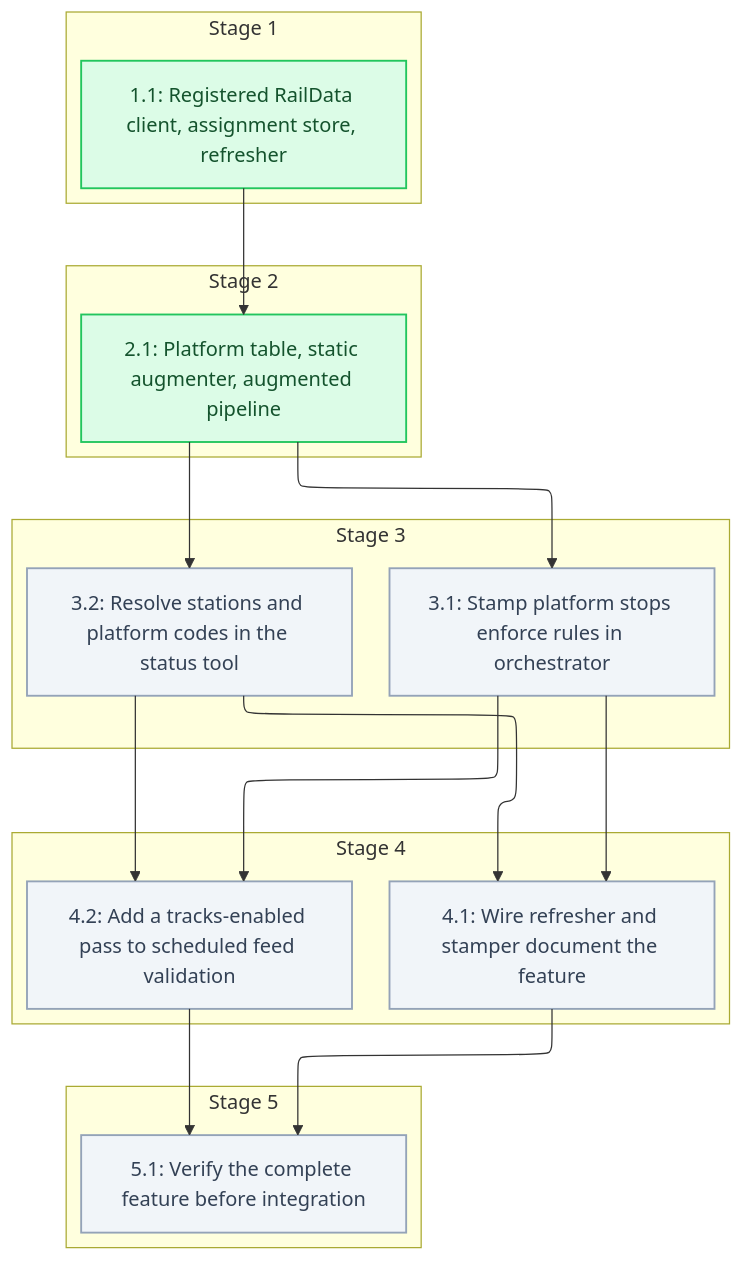
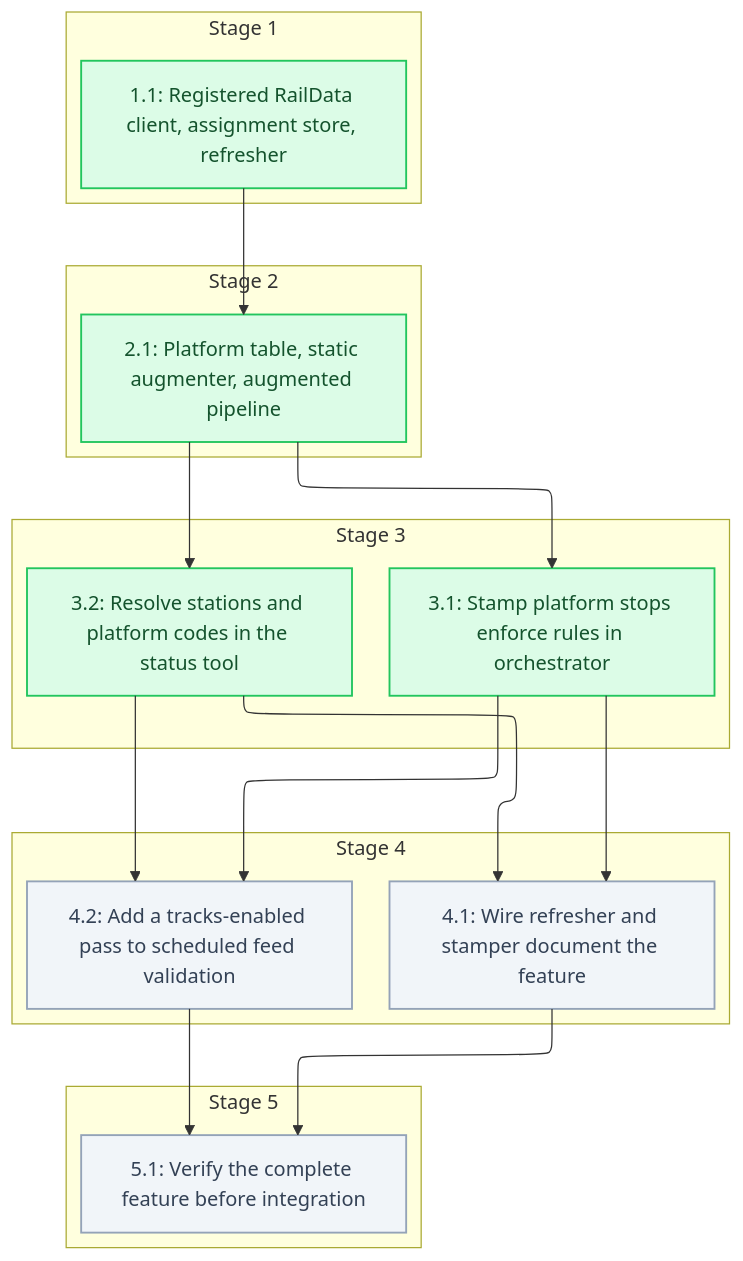
The diagram in .specs/track-assignments/04_tasks.md (sohampatwardhan/Amtrak-GTFS-RT), drawn with Mermaid before and after one commit. The commit also changed other lines of this file and 9 other files, not shown here.

````diff
--- a/.specs/track-assignments/04_tasks.md
+++ b/.specs/track-assignments/04_tasks.md
@@ -9,39 +9,39 @@
 ```mermaid
 %%{init: {'flowchart': {'defaultRenderer': 'elk'}}}%%
 flowchart TD
   classDef done fill:#dcfce7,stroke:#22c55e,stroke-width:1.5px,color:#14532d
   classDef pending fill:#f1f5f9,stroke:#94a3b8,stroke-width:1.5px,color:#334155
   subgraph n_stage_1["Stage 1"]
     n_1_1@{ shape: rect, label: "1.1: Registered RailData client, assignment store, refresher" }
   end
   subgraph n_stage_2["Stage 2"]
     n_2_1@{ shape: rect, label: "2.1: Platform table, static augmenter, augmented pipeline" }
   end
   subgraph n_stage_3["Stage 3"]
     n_3_1@{ shape: rect, label: "3.1: Stamp platform stops enforce rules in orchestrator" }
     n_3_2@{ shape: rect, label: "3.2: Resolve stations and platform codes in the status tool" }
   end
   subgraph n_stage_4["Stage 4"]
     n_4_1@{ shape: rect, label: "4.1: Wire refresher and stamper document the feature" }
     n_4_2@{ shape: rect, label: "4.2: Add a tracks-enabled pass to scheduled feed validation" }
   end
   subgraph n_stage_5["Stage 5"]
     n_5_1@{ shape: rect, label: "5.1: Verify the complete feature before integration" }
   end
   n_1_1 --> n_2_1
   n_2_1 --> n_3_1
   n_2_1 --> n_3_2
   n_3_1 --> n_4_1
   n_3_2 --> n_4_1
   n_3_1 --> n_4_2
   n_3_2 --> n_4_2
   n_4_1 --> n_5_1
   n_4_2 --> n_5_1
   class n_1_1 done
   class n_2_1 done
-  class n_3_1 pending
-  class n_3_2 pending
+  class n_3_1 done
+  class n_3_2 done
   class n_4_1 pending
   class n_4_2 pending
   class n_5_1 pending
 ```
````
